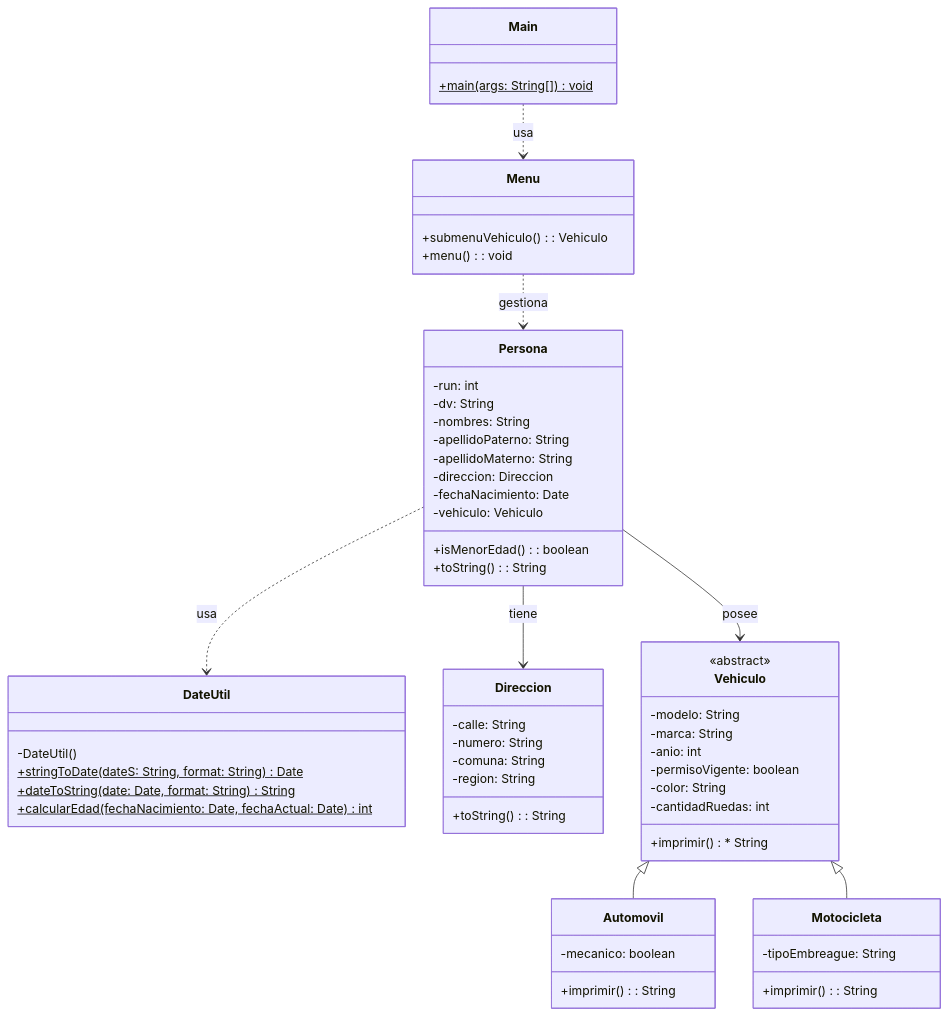
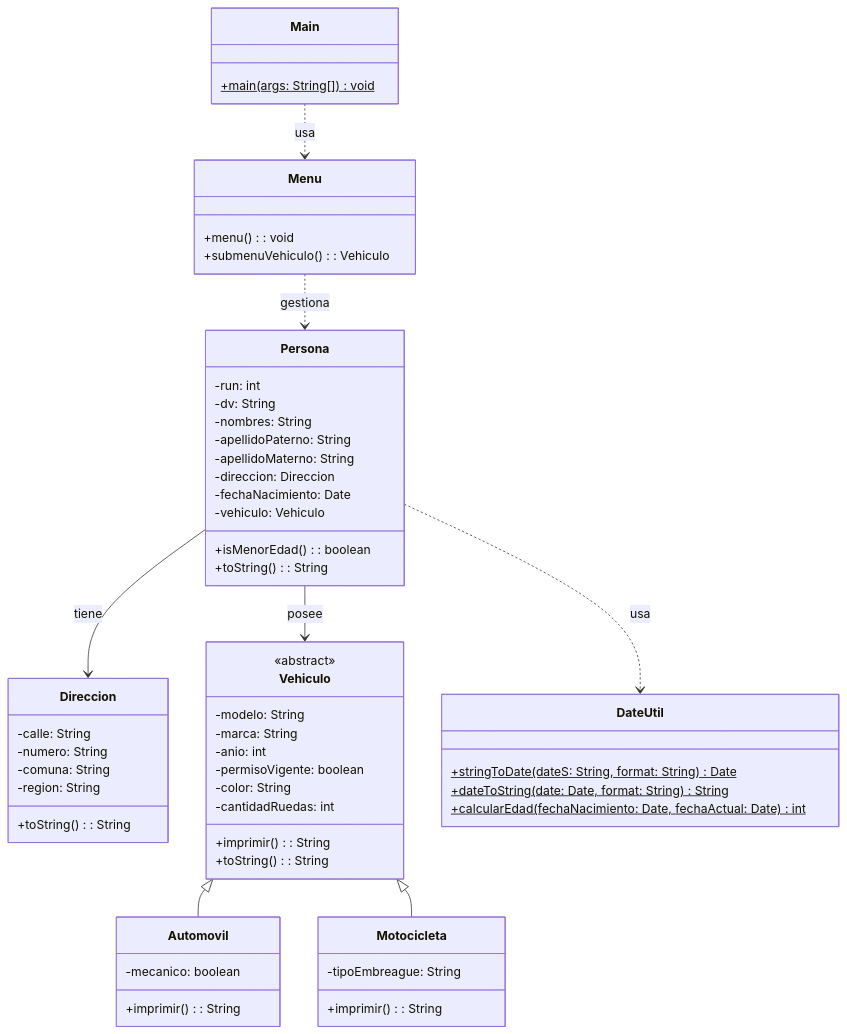
One commit to elprofecarreno/poo-fundaments changed the diagram in 12/README.md. Above: the diagram before and after it, drawn with Mermaid. The commit also changed other lines of this file and 8 other files, not shown here.

````diff
--- a/12/README.md
+++ b/12/README.md
@@ -11,68 +11,68 @@
 ```mermaid
 classDiagram
-    class DateUtil {
-        -DateUtil()
-        +stringToDate(dateS: String, format: String)$ Date
-        +dateToString(date: Date, format: String)$ String
-        +calcularEdad(fechaNacimiento: Date, fechaActual: Date)$ int
+    class Main {
+        +main(args: String[])$ void
+    }
+
+    class Menu {
+        +menu(): void
+        +submenuVehiculo(): Vehiculo
+    }
+
+    class Persona {
+        -run: int
+        -dv: String
+        -nombres: String
+        -apellidoPaterno: String
+        -apellidoMaterno: String
+        -direccion: Direccion
+        -fechaNacimiento: Date
+        -vehiculo: Vehiculo
+        +isMenorEdad(): boolean
+        +toString(): String
     }
 
     class Direccion {
         -calle: String
         -numero: String
         -comuna: String
         -region: String
         +toString(): String
     }
 
     class Vehiculo {
         <<abstract>>
         -modelo: String
         -marca: String
         -anio: int
         -permisoVigente: boolean
         -color: String
         -cantidadRuedas: int
-        +imprimir() * String
+        +imprimir(): String
+        +toString(): String
     }
 
     class Automovil {
         -mecanico: boolean
         +imprimir(): String
     }
 
     class Motocicleta {
         -tipoEmbreague: String
         +imprimir(): String
     }
 
-    class Persona {
-        -run: int
-        -dv: String
-        -nombres: String
-        -apellidoPaterno: String
-        -apellidoMaterno: String
-        -direccion: Direccion
-        -fechaNacimiento: Date
-        -vehiculo: Vehiculo
-        +isMenorEdad(): boolean
-        +toString(): String
-    }
-
-    class Menu {
-        +submenuVehiculo(): Vehiculo
-        +menu(): void
-    }
-
-    class Main {
-        +main(args: String[])$ void
+    class DateUtil {
+        +stringToDate(dateS: String, format: String)$ Date
+        +dateToString(date: Date, format: String)$ String
+        +calcularEdad(fechaNacimiento: Date, fechaActual: Date)$ int
     }
 
     Vehiculo <|-- Automovil
     Vehiculo <|-- Motocicleta
     Persona --> Direccion : tiene
     Persona --> Vehiculo : posee
     Main ..> Menu : usa
     Menu ..> Persona : gestiona
     Persona ..> DateUtil : usa
 ```
````
